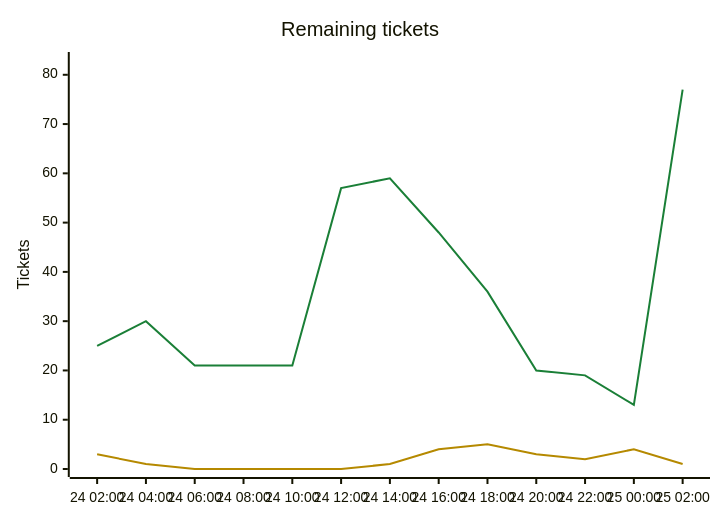
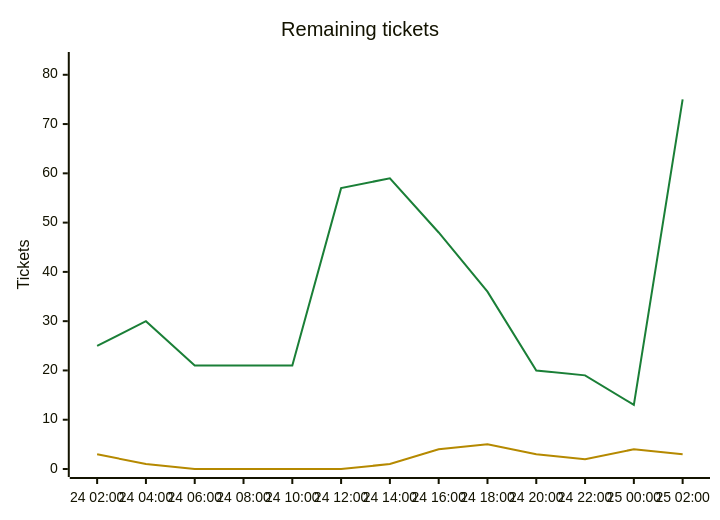
Before and after one commit to Kenmura/Unciv: the second of 2 diagrams in csharp/migration/DEPENDENCY_MAP.md, drawn with Mermaid. The commit also changed other lines of this file and 1 other file, not shown here.

Commit message:
migration: claim T195 [Claude] 2026-10-25T01:46Z

````diff
--- a/csharp/migration/DEPENDENCY_MAP.md
+++ b/csharp/migration/DEPENDENCY_MAP.md
@@ -529,9 +529,9 @@
 ```mermaid
 %%{init: {"themeVariables": {"xyChart": {"plotColorPalette": "#1a7f37, #b58900"}}}}%%
 xychart-beta
     title "Remaining tickets"
     x-axis ["24 02:00", "24 04:00", "24 06:00", "24 08:00", "24 10:00", "24 12:00", "24 14:00", "24 16:00", "24 18:00", "24 20:00", "24 22:00", "25 00:00", "25 02:00"]
     y-axis "Tickets" 0 --> 83
-    line [25, 30, 21, 21, 21, 57, 59, 48, 36, 20, 19, 13, 77]
-    line [3, 1, 0, 0, 0, 0, 1, 4, 5, 3, 2, 4, 1]
+    line [25, 30, 21, 21, 21, 57, 59, 48, 36, 20, 19, 13, 75]
+    line [3, 1, 0, 0, 0, 0, 1, 4, 5, 3, 2, 4, 3]
 ```
````
